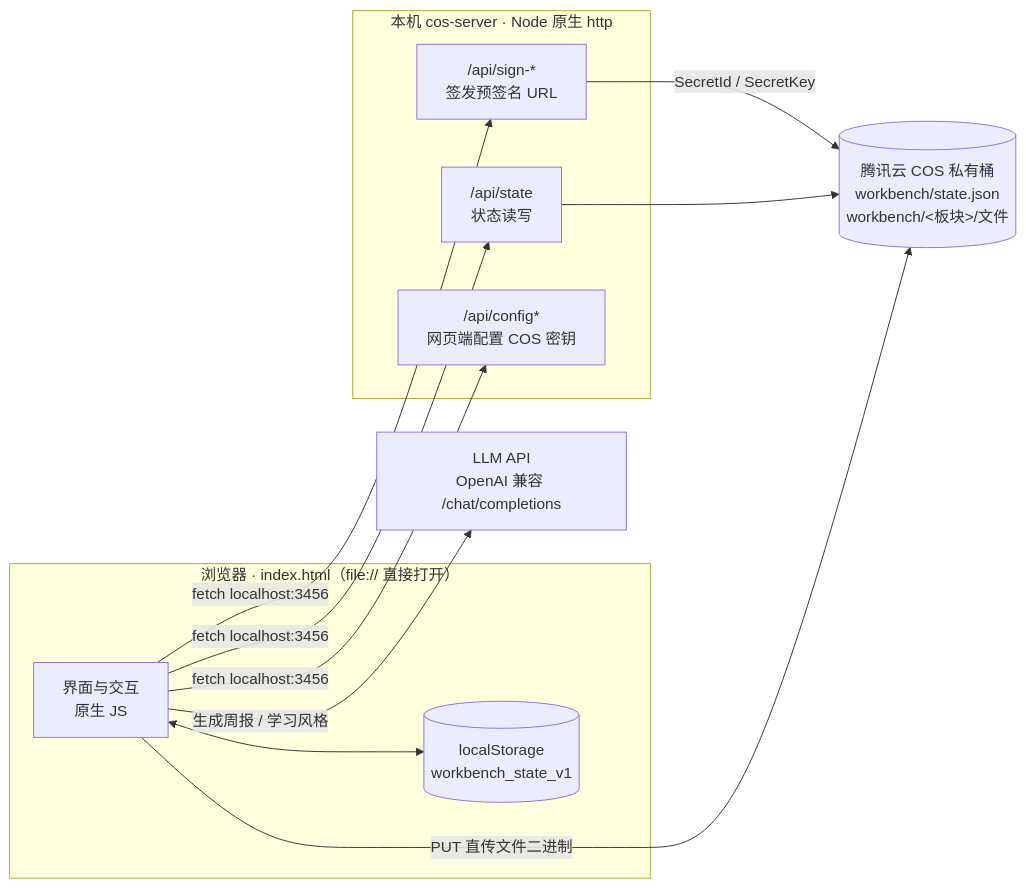
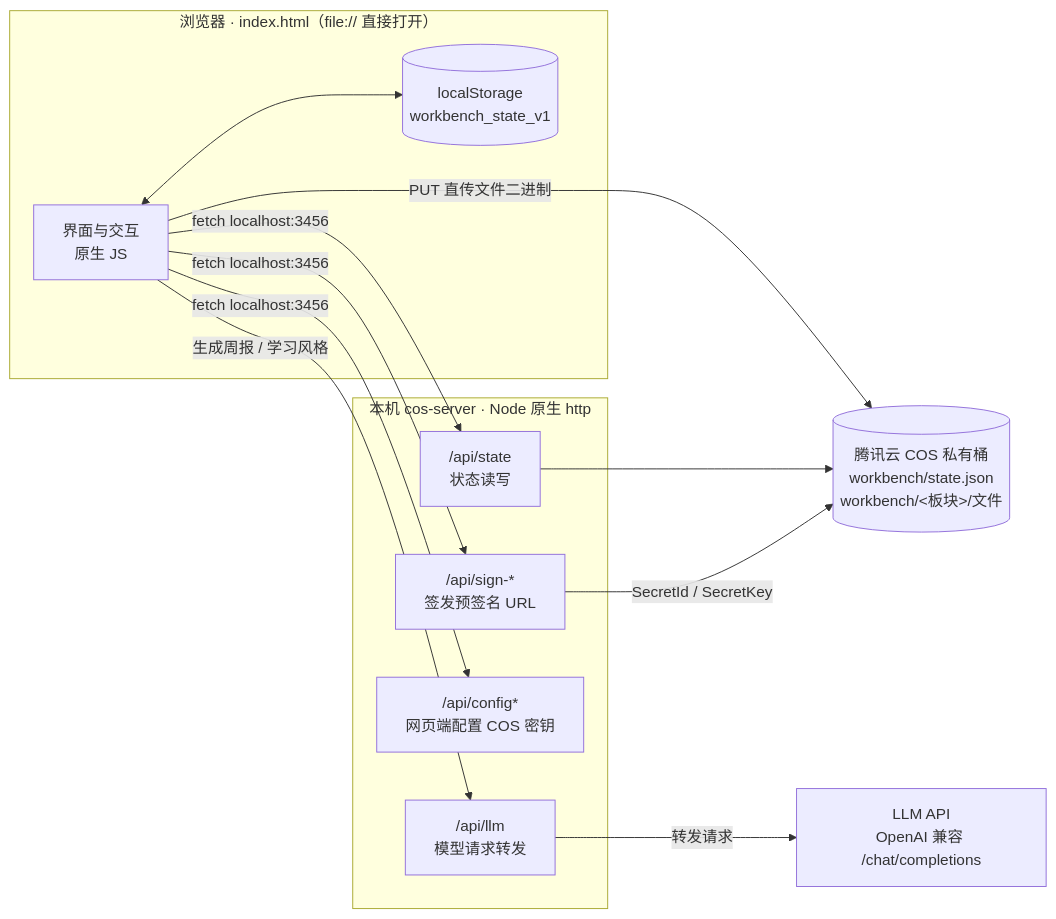
One commit to chase278/personal-workbench changed the diagram in README.md. Above: the diagram before and after it, drawn with Mermaid. The commit also changed other lines of this file and 1 other file, not shown here.

Commit message:
security: tighten API surface, route LLM via local proxy, switch list actions to event delegation

````diff
--- a/README.md
+++ b/README.md
@@ -73,25 +73,27 @@
 ```mermaid
 flowchart LR
     subgraph B["浏览器 · index.html（file:// 直接打开）"]
         UI["界面与交互<br/>原生 JS"]
         LS[("localStorage<br/>workbench_state_v1")]
         UI <--> LS
     end
 
     subgraph S["本机 cos-server · Node 原生 http"]
         SIGN["/api/sign-*<br/>签发预签名 URL"]
         STATE["/api/state<br/>状态读写"]
         CONFIG["/api/config*<br/>网页端配置 COS 密钥"]
+        LLMP["/api/llm<br/>模型请求转发"]
     end
 
     COS[("腾讯云 COS 私有桶<br/>workbench/state.json<br/>workbench/&lt;板块&gt;/文件")]
     LLM["LLM API<br/>OpenAI 兼容 /chat/completions"]
 
     UI -- "fetch localhost:3456" --> SIGN
     UI -- "fetch localhost:3456" --> STATE
     UI -- "fetch localhost:3456" --> CONFIG
+    UI -- "生成周报 / 学习风格" --> LLMP
+    LLMP -- "转发请求" --> LLM
     SIGN -- "SecretId / SecretKey" --> COS
     STATE --> COS
     UI -- "PUT 直传文件二进制" --> COS
-    UI -- "生成周报 / 学习风格" --> LLM
 ```
````
